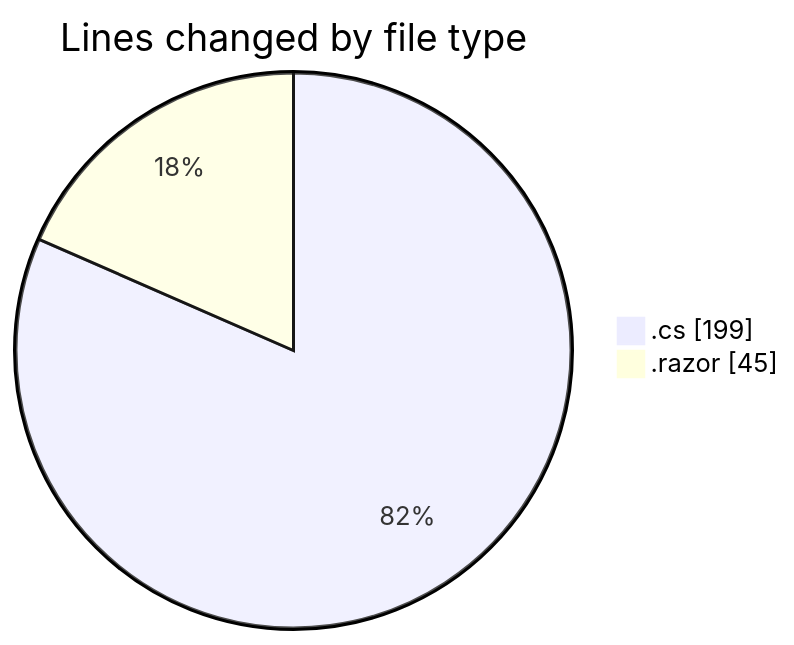
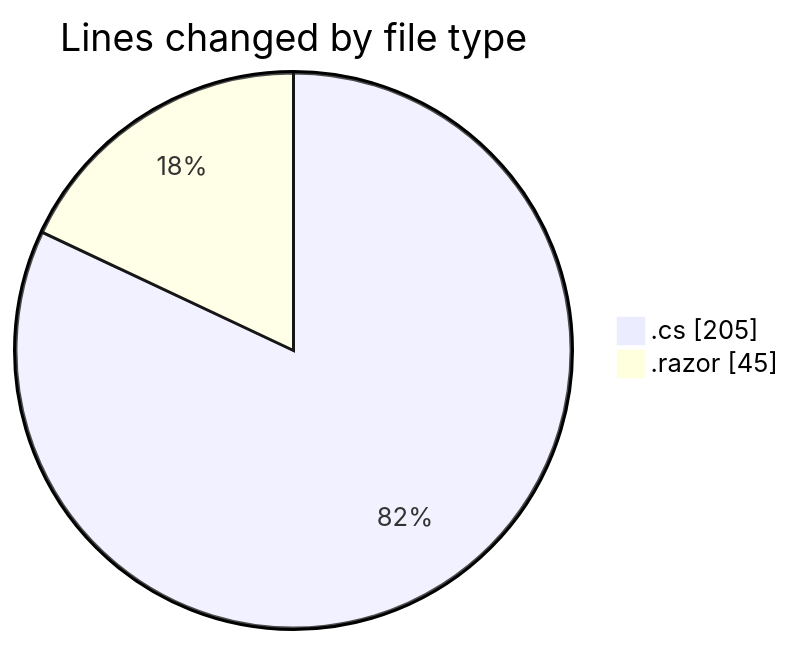
One commit to Netris89/code-tracking changed the first of 2 diagrams in 2025-04-05/front-end/README.md. Above: the diagram before and after it, drawn with Mermaid. The commit also changed other lines of this file and 1 other file, not shown here.

````diff
--- a/2025-04-05/front-end/README.md
+++ b/2025-04-05/front-end/README.md
@@ -22,6 +22,6 @@
 ```mermaid
 pie showData
 title Lines changed by file type
-".cs" : 199
+".cs" : 205
 ".razor" : 45
 ```
````
